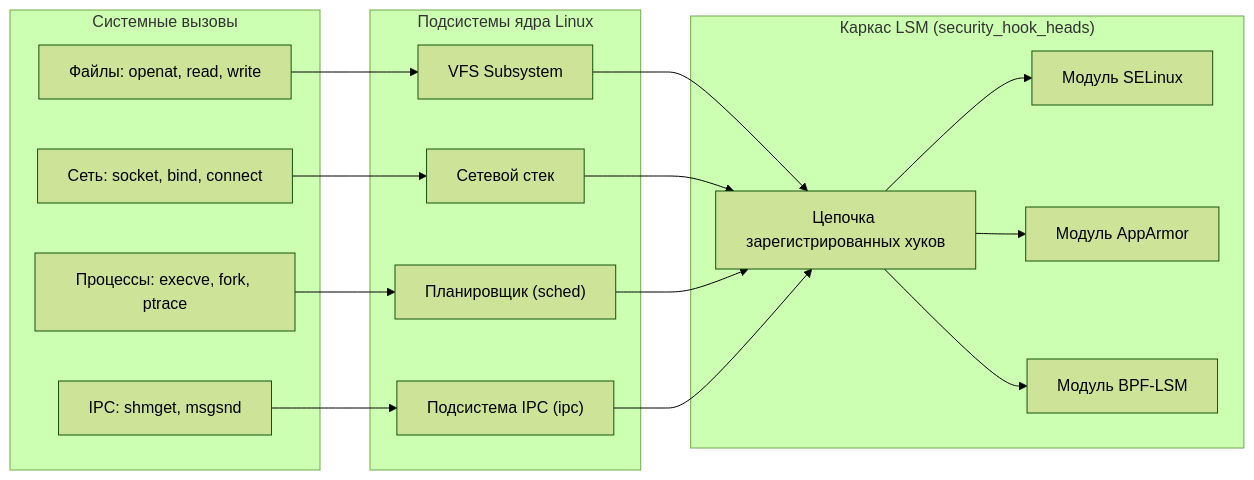
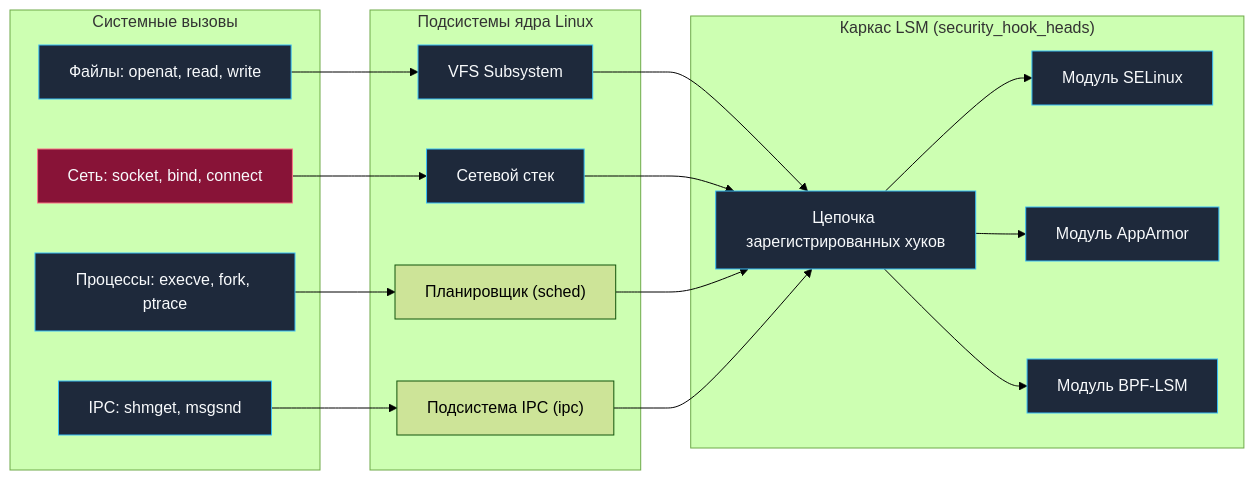
Before and after one commit to UnrealTemplier/go-textbook: the second of 5 diagrams in sources/2. Устройство и работа ОС/58. SELinux и AppArmor.md, drawn with Mermaid (forest theme). The commit also changed other lines of this file and 1666 other files, not shown here.

First line of the commit message:
feat(mermaid): add semantic color classDef to 1369 colorless flowchart/graph diagrams

````diff
--- a/sources/2. Устройство и работа ОС/58. SELinux и AppArmor.md
+++ b/sources/2. Устройство и работа ОС/58. SELinux и AppArmor.md
@@ -39,32 +49,42 @@
 ```mermaid
 flowchart LR
+    classDef process  fill:#1e293b,stroke:#38bdf8,stroke-width:1px,color:#f8fafc
+    classDef success  fill:#064e3b,stroke:#34d399,stroke-width:1px,color:#f8fafc
+    classDef error    fill:#7f1d1d,stroke:#f87171,stroke-width:1px,color:#f8fafc
+    classDef warning  fill:#78350f,stroke:#fbbf24,stroke-width:1px,color:#f8fafc
+    classDef entry    fill:#1e3a5f,stroke:#38bdf8,stroke-width:2px,color:#f8fafc
+    classDef aux      fill:#334155,stroke:#64748b,stroke-width:1px,color:#f8fafc
+    classDef system   fill:#312e81,stroke:#a78bfa,stroke-width:1px,color:#f8fafc
+    classDef data     fill:#132d29,stroke:#2dd4bf,stroke-width:1px,color:#f8fafc
+    classDef network  fill:#881337,stroke:#fb7185,stroke-width:1px,color:#f8fafc
+    classDef accent   fill:#1e1b4b,stroke:#818cf8,stroke-width:1px,color:#f8fafc
     subgraph Syscalls ["Системные вызовы"]
-        VFS_Op["Файлы: openat, read, write"]
-        Net_Op["Сеть: socket, bind, connect"]
-        Task_Op["Процессы: execve, fork, ptrace"]
-        IPCOp["IPC: shmget, msgsnd"]
+        VFS_Op["Файлы: openat, read, write"]:::process
+        Net_Op["Сеть: socket, bind, connect"]:::network
+        Task_Op["Процессы: execve, fork, ptrace"]:::process
+        IPCOp["IPC: shmget, msgsnd"]:::process
     end
 
     subgraph KernelCore ["Подсистемы ядра Linux"]
-        VFS["VFS Subsystem"]
-        NetStack["Сетевой стек"]
+        VFS["VFS Subsystem"]:::process
+        NetStack["Сетевой стек"]:::process
         SchedCore["Планировщик (sched)"]
         IPCCore["Подсистема IPC (ipc)"]
     end
 
     subgraph LSMFramework ["Каркас LSM (security_hook_heads)"]
-        HookChain["Цепочка зарегистрированных хуков"]
-        SELinuxMod["Модуль SELinux"]
-        AppArmorMod["Модуль AppArmor"]
-        BPFMod["Модуль BPF-LSM"]
+        HookChain["Цепочка зарегистрированных хуков"]:::process
+        SELinuxMod["Модуль SELinux"]:::process
+        AppArmorMod["Модуль AppArmor"]:::process
+        BPFMod["Модуль BPF-LSM"]:::process
     end
 
     VFS_Op --> VFS --> HookChain
     Net_Op --> NetStack --> HookChain
     Task_Op --> SchedCore --> HookChain
     IPCOp --> IPCCore --> HookChain
 
     HookChain --> SELinuxMod
     HookChain --> AppArmorMod
     HookChain --> BPFMod
 ```
````
